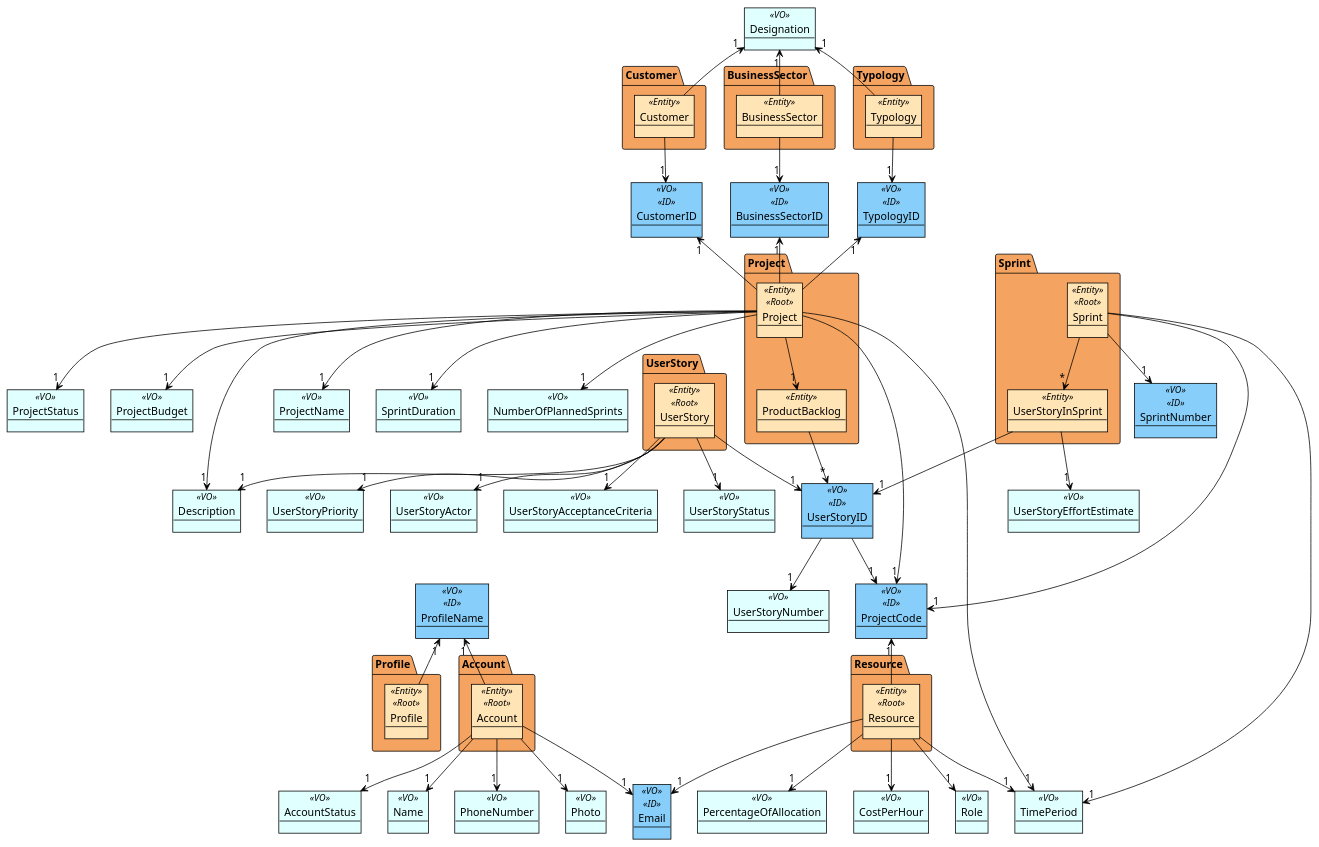
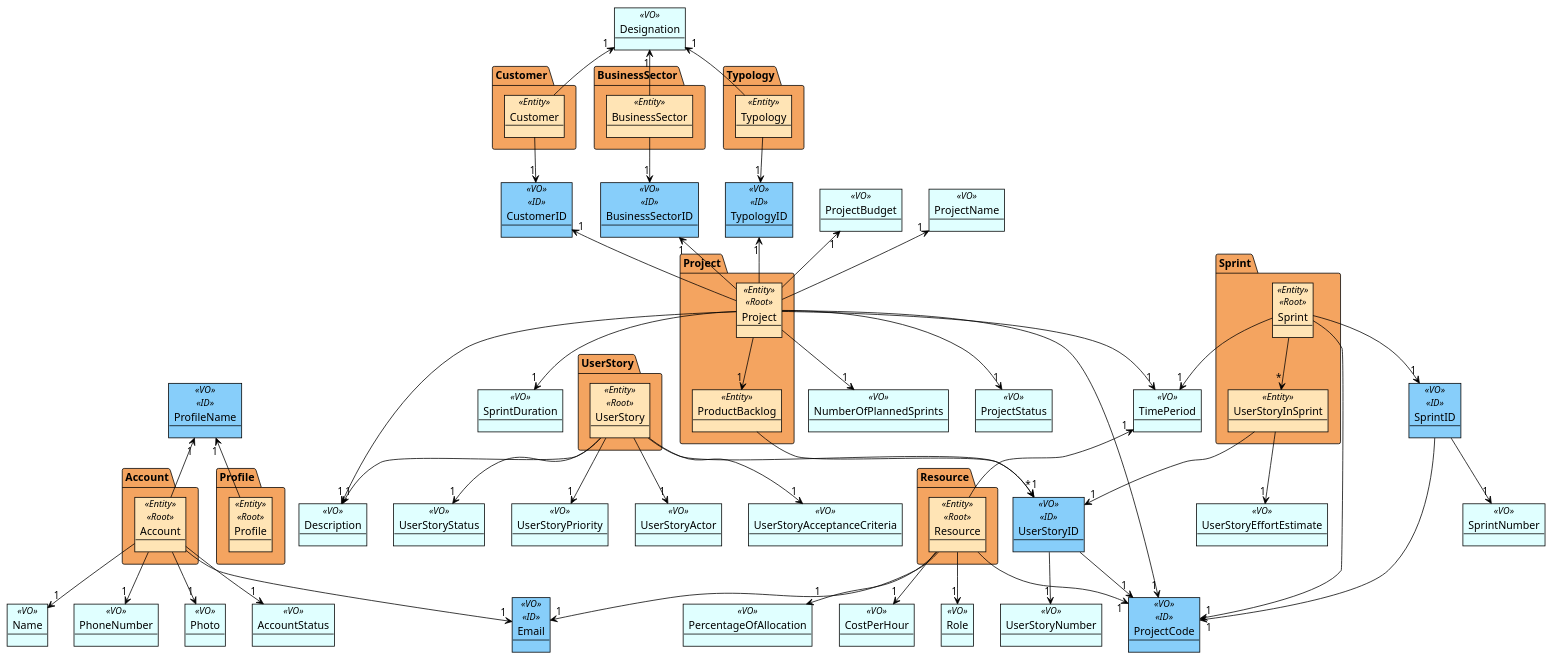
The diagram in docs/modelling_design/domain_model_diagram/domain_model_diagramDDD.puml (ivo-menezes/project_g3), drawn with PlantUML before and after one commit.

Commit message:
US027: Design: Update DDD domain model to reflect changes to SprintID (closes #68)

```diff
--- a/docs/modelling_design/domain_model_diagram/domain_model_diagramDDD.puml
+++ b/docs/modelling_design/domain_model_diagram/domain_model_diagramDDD.puml
@@ -1,153 +1,156 @@
 @startuml
 !theme plain
 'skinparam linetype ortho
 
 skinparam package {
     backgroundColor SandyBrown
 }
 
 skinparam object {
     backgroundColor LightCyan
 }
 
 skinparam object<<ID>> {
     backgroundColor LightSkyBlue
 }
 
 skinparam object<<Entity>> {
     backgroundColor Moccasin
 }
 
 ' - Value Objects
 ' -- plain VOs
 Object Name <<VO>>
 Object PhoneNumber <<VO>>
 Object Photo <<VO>>
 Object AccountStatus <<VO>>
 Object TimePeriod <<VO>>
 Object PercentageOfAllocation <<VO>>
 Object CostPerHour <<VO>>
 Object Role <<VO>>
 Object UserStoryActor <<VO>>
 Object Description <<VO>>
 Object UserStoryAcceptanceCriteria <<VO>>
 Object ProjectName <<VO>>
 Object SprintDuration <<VO>>
 Object NumberOfPlannedSprints <<VO>>
 Object ProjectStatus <<VO>>
 Object ProjectBudget <<VO>>
+Object SprintNumber <<VO>>
 Object UserStoryEffortEstimate <<VO>>
 Object UserStoryStatus <<VO>>
 Object UserStoryPriority <<VO>>
 Object UserStoryNumber <<VO>>
 Object Designation <<VO>>
 
 ' -- DomainID VOs
 Object ProjectCode <<VO>> <<ID>>
-Object SprintNumber <<VO>> <<ID>>
 Object UserStoryID <<VO>> <<ID>>
+Object SprintID <<VO>> <<ID>>
 Object Email <<VO>> <<ID>>
 Object ProfileName <<VO>> <<ID>>
 Object TypologyID <<VO>> <<ID>>
 Object BusinessSectorID <<VO>> <<ID>>
 Object CustomerID <<VO>> <<ID>>
 
 ' - Entities in Aggregates (packages)
 package "Project" as Proj {
     Object Project <<Entity>> <<Root>>
     Object ProductBacklog <<Entity>>
 }
 
 Project -down-> "1" ProductBacklog
 ProductBacklog --> "*" UserStoryID
 Project --> "1" ProjectCode
-Project --> "1" ProjectName
+Project -up-> "1" ProjectName
 Project --> "1" Description
 Project --> "1" TimePeriod
 Project --> "1" SprintDuration
 Project --> "1" NumberOfPlannedSprints
 Project --> "1" ProjectStatus
-Project --> "1" ProjectBudget
+Project -up-> "1" ProjectBudget
 
 package "Sprint" as Spr {
     Object Sprint <<Entity>> <<Root>>
     Object UserStoryInSprint <<Entity>>
 }
 
+SprintID --> "1" ProjectCode
+SprintID --> "1" SprintNumber
 Sprint --> "*" UserStoryInSprint
 Sprint --> "1" ProjectCode
-Sprint --> "1" SprintNumber
+Sprint --> "1" SprintID
 Sprint --> "1" TimePeriod
 
 UserStoryInSprint --> "1" UserStoryID
 UserStoryInSprint --> "1" UserStoryEffortEstimate
 
 package "UserStory" as US {
     Object UserStory <<Entity>> <<Root>>
 }
 
 UserStoryID --> "1" ProjectCode
 UserStoryID --> "1" UserStoryNumber
 UserStory --> "1" UserStoryID
 UserStory --> "1" UserStoryActor
 UserStory --> "1" Description
 UserStory --> "1" UserStoryAcceptanceCriteria
 UserStory --> "1" UserStoryStatus
 UserStory --> "1" UserStoryPriority
 
 
 package "Account" as Acc {
     Object Account <<Entity>> <<Root>>
 }
 
 Account --> "1" Name
 Account -->  "1" PhoneNumber
 Account --> "1" Email
 Account --> "1" Photo
 Account --> "1" AccountStatus
 
 
 package "Resource" as Res {
     Object Resource <<Entity>> <<Root>>
 }
 
-Resource --> "1" TimePeriod
+Resource -up-> "1" TimePeriod
 Resource --> "1" PercentageOfAllocation
 Resource --> "1" CostPerHour
 Resource --> "1" Role
-Resource -up-> "1" ProjectCode
+Resource --> "1" ProjectCode
 Resource --> "1" Email
 
 package Typology as Typo {
     Object Typology <<Entity>>
     }
 
 Typology -up-> "1" Designation
 Typology --> "1" TypologyID
 Project -up-> "1" TypologyID
 
 package BusinessSector as Bus {
     Object BusinessSector <<Entity>>
             }
 
 BusinessSector -up-> "1" Designation
 BusinessSector --> "1" BusinessSectorID
 Project -up-> "1" BusinessSectorID
 
 package Customer as Cost {
     Object Customer <<Entity>>
     }
 
 Customer -up-> "1" Designation
 Customer --> "1" CustomerID
 Project -up-> "1" CustomerID
 
 package "Profile" as Prof {
     Object Profile <<Entity>> <<Root>>
     }
 
 Profile -up-> "1" ProfileName
 
 Account -up-> "1" ProfileName
 
 @enduml
```
